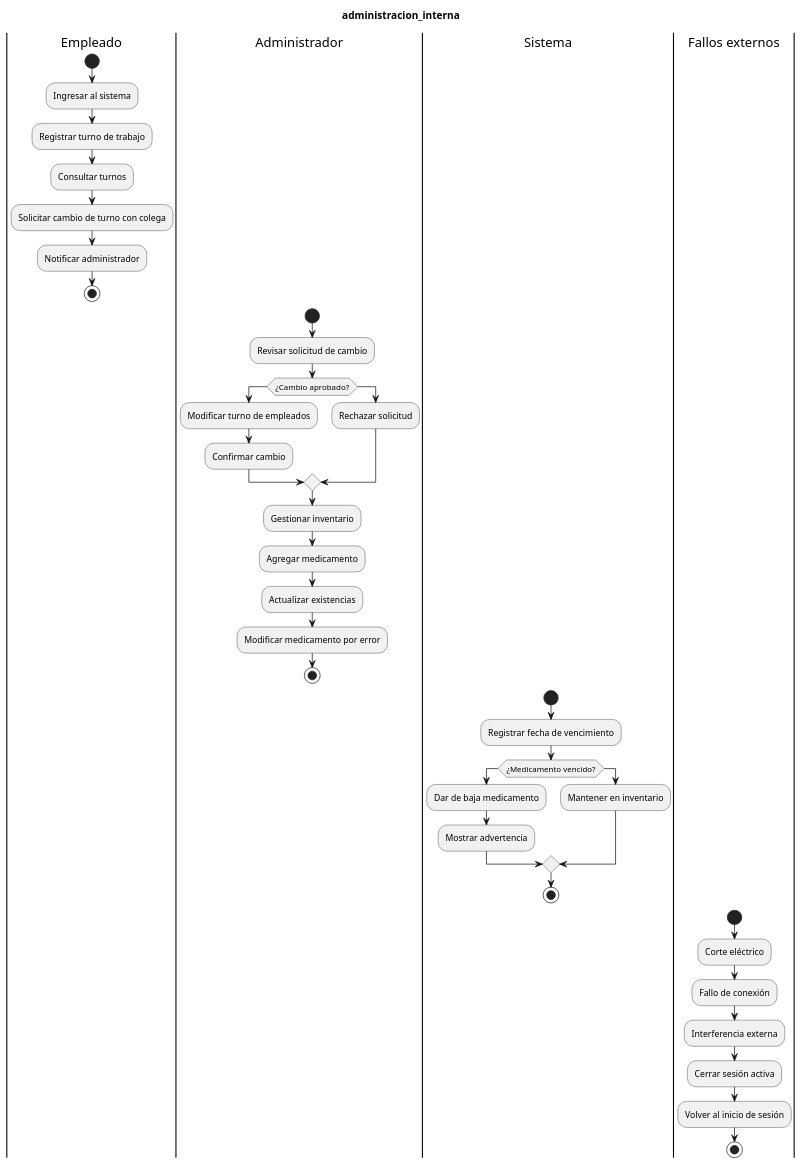
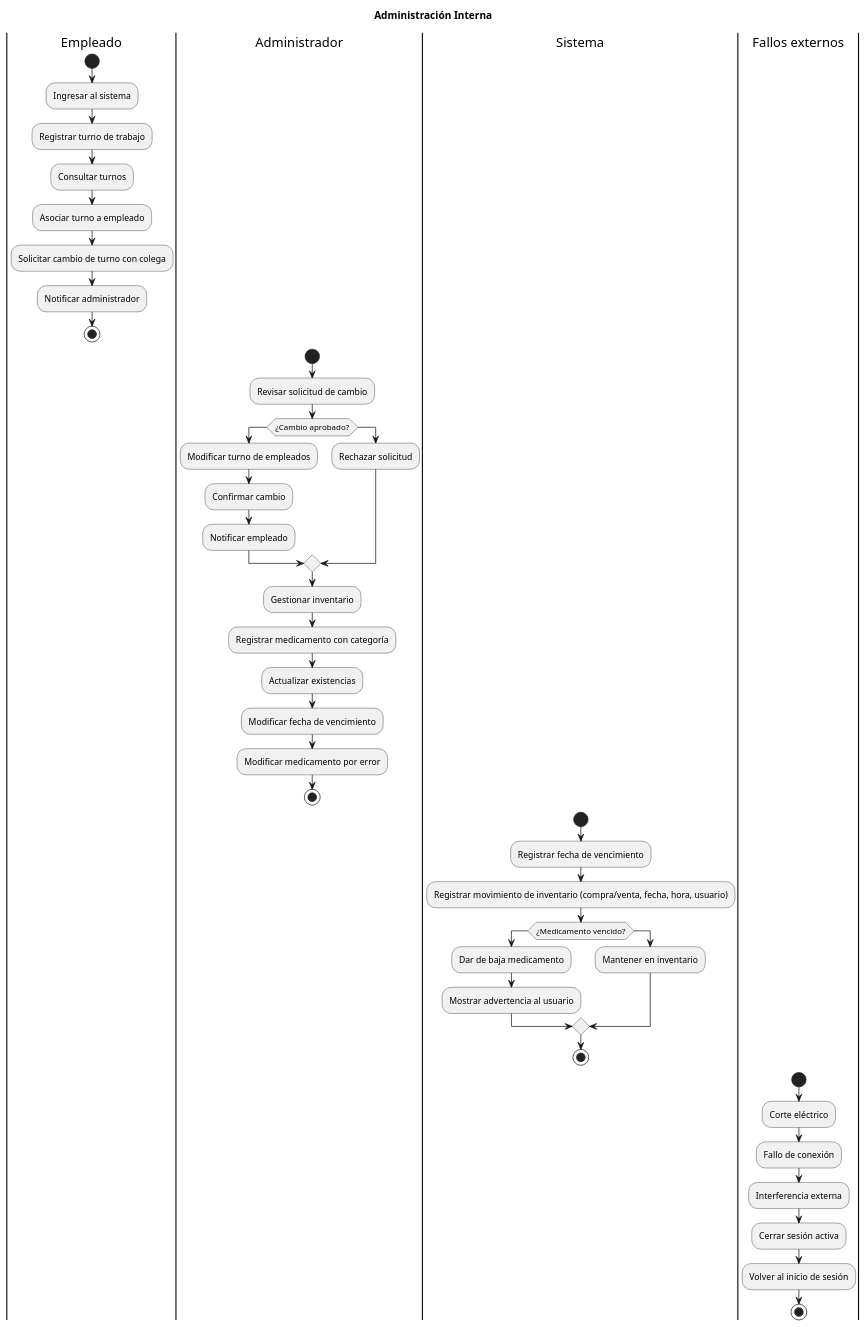
One commit to Luci1274/plant changed the diagram in practicas_DAC/tp3/tp3_gonzalez_ad_interna.puml. Above: the diagram before and after it, drawn with PlantUML. The commit also changed 7 other files, not shown here.

```diff
--- a/practicas_DAC/tp3/tp3_gonzalez_ad_interna.puml
+++ b/practicas_DAC/tp3/tp3_gonzalez_ad_interna.puml
@@ -1,52 +1,56 @@
 @startuml administracion_interna
 
-title administracion_interna
+title Administración Interna
 
 |Empleado|
 start
 :Ingresar al sistema;
 :Registrar turno de trabajo;
 :Consultar turnos;
+:Asociar turno a empleado;
 :Solicitar cambio de turno con colega;
 :Notificar administrador;
 stop
 
 |Administrador|
 start
 :Revisar solicitud de cambio;
 
 if (¿Cambio aprobado?) then
   :Modificar turno de empleados;
   :Confirmar cambio;
+  :Notificar empleado;
 else
   :Rechazar solicitud;
 endif
 
 :Gestionar inventario;
-:Agregar medicamento;
+:Registrar medicamento con categoría;
 :Actualizar existencias;
+:Modificar fecha de vencimiento;
 :Modificar medicamento por error;
 stop
 
 |Sistema|
 start
 :Registrar fecha de vencimiento;
+:Registrar movimiento de inventario (compra/venta, fecha, hora, usuario);
 
 if (¿Medicamento vencido?) then
   :Dar de baja medicamento;
-  :Mostrar advertencia;
+  :Mostrar advertencia al usuario;
 else
   :Mantener en inventario;
 endif
 stop
 
 |Fallos externos|
 start
 :Corte eléctrico;
 :Fallo de conexión;
 :Interferencia externa;
 :Cerrar sesión activa;
 :Volver al inicio de sesión;
 stop
 
 @enduml
```
